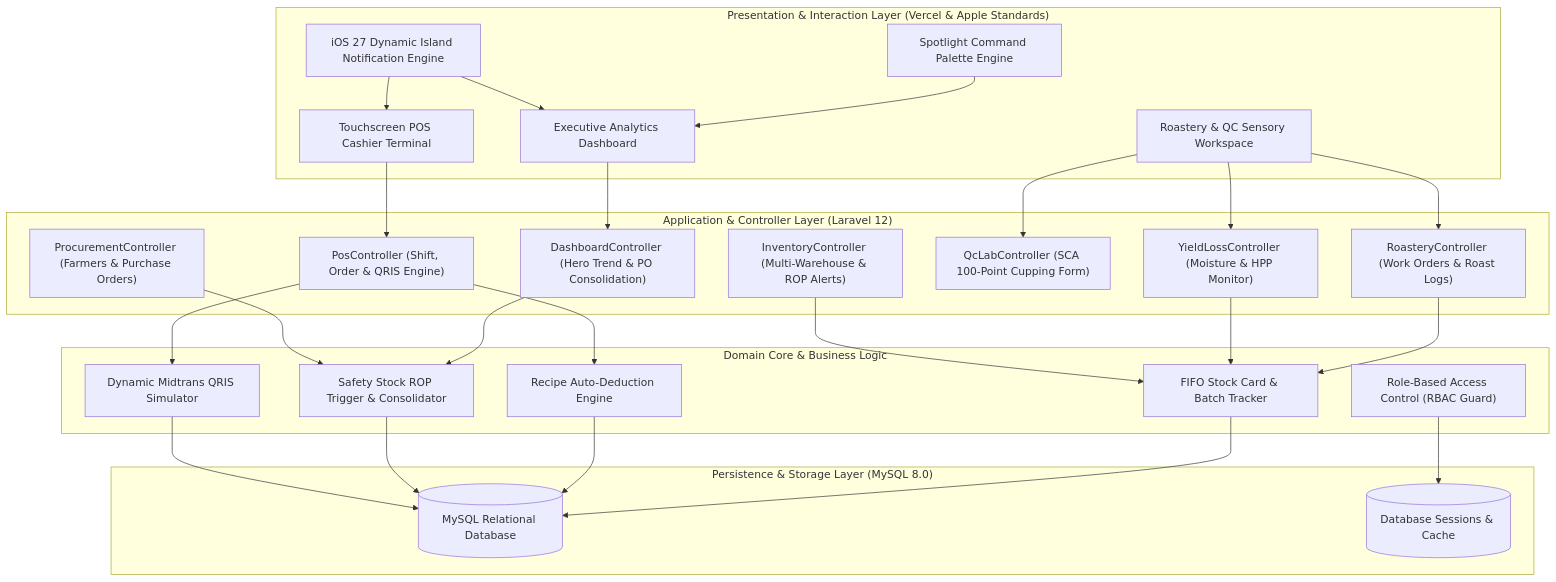
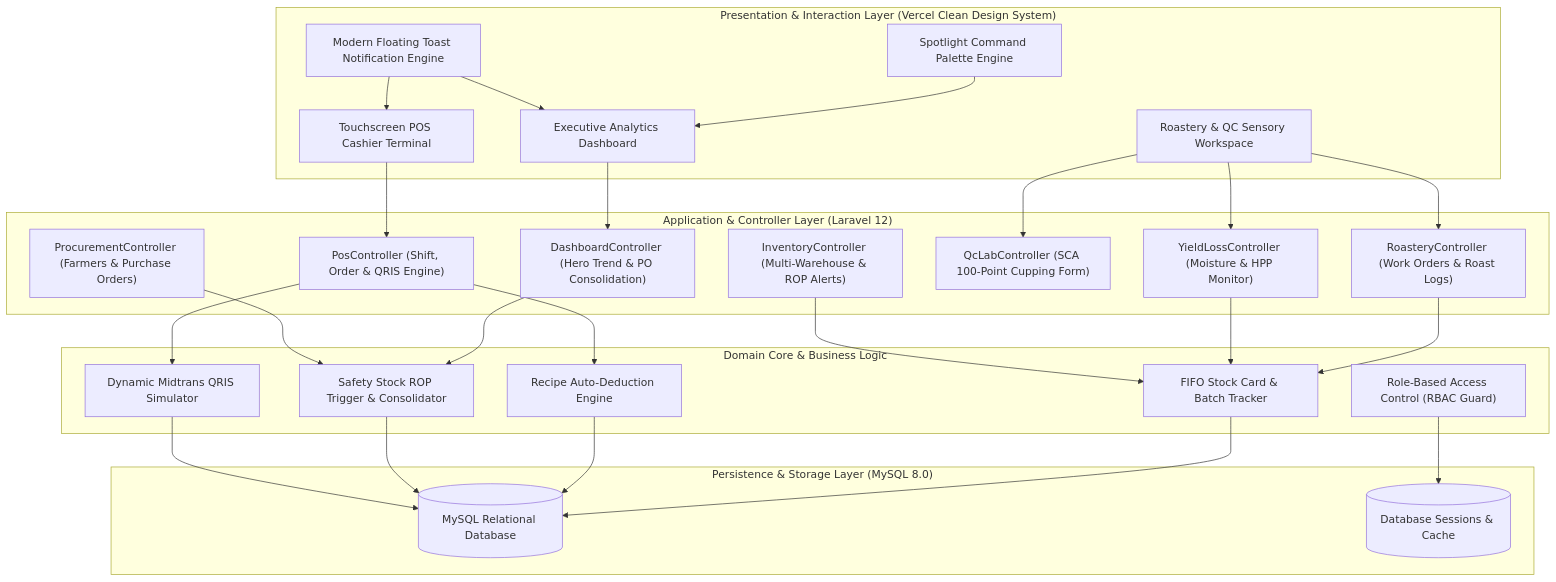
Before and after one commit to iqsanazhr/kafeina-roastery-erp: the first of 2 diagrams in README.md, drawn with Mermaid. The commit also changed other lines of this file and 38 other files, not shown here.

````diff
--- a/README.md
+++ b/README.md
@@ -36,56 +36,56 @@
 ```mermaid
 graph TB
-    subgraph "Presentation & Interaction Layer (Vercel & Apple Standards)"
+    subgraph "Presentation & Interaction Layer (Vercel Clean Design System)"
         A["Executive Analytics Dashboard"]
         B["Touchscreen POS Cashier Terminal"]
         C["Spotlight Command Palette Engine"]
-        D["iOS 27 Dynamic Island Notification Engine"]
+        D["Modern Floating Toast Notification Engine"]
         E["Roastery & QC Sensory Workspace"]
     end
 
     subgraph "Application & Controller Layer (Laravel 12)"
         F["DashboardController (Hero Trend & PO Consolidation)"]
         G["PosController (Shift, Order & QRIS Engine)"]
         H["RoasteryController (Work Orders & Roast Logs)"]
         I["YieldLossController (Moisture & HPP Monitor)"]
         J["QcLabController (SCA 100-Point Cupping Form)"]
         K["InventoryController (Multi-Warehouse & ROP Alerts)"]
         L["ProcurementController (Farmers & Purchase Orders)"]
     end
 
     subgraph "Domain Core & Business Logic"
         M["FIFO Stock Card & Batch Tracker"]
         N["Recipe Auto-Deduction Engine"]
         O["Safety Stock ROP Trigger & Consolidator"]
         P["Dynamic Midtrans QRIS Simulator"]
         Q["Role-Based Access Control (RBAC Guard)"]
     end
 
     subgraph "Persistence & Storage Layer (MySQL 8.0)"
         R[("MySQL Relational Database")]
         S[("Database Sessions & Cache")]
     end
 
     A --> F
     B --> G
     C --> A
     D --> A
     D --> B
     E --> H
     E --> I
     E --> J
 
     F --> O
     G --> N
     G --> P
     H --> M
     I --> M
     K --> M
     L --> O
     
     M --> R
     N --> R
     O --> R
     P --> R
     Q --> S
 ```
````
